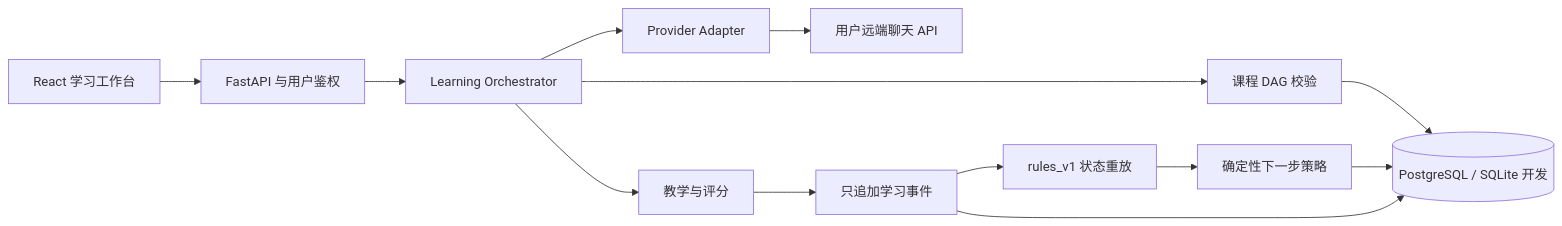
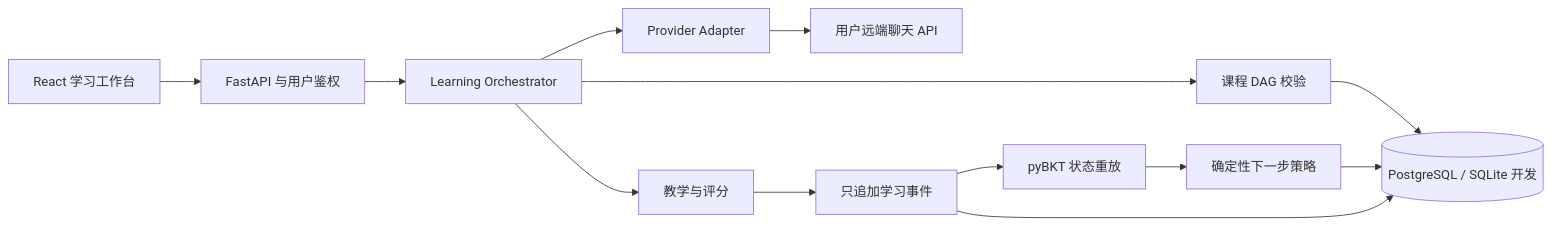
Before and after one commit to wwwuxy/Study-Agent-Framework: the diagram in docs/architecture.md, drawn with Mermaid. The commit also changed other lines of this file and 231 other files, not shown here.

````diff
--- a/docs/architecture.md
+++ b/docs/architecture.md
@@ -5,15 +5,15 @@
 ```mermaid
 flowchart LR
   UI[React 学习工作台] --> API[FastAPI 与用户鉴权]
   API --> O[Learning Orchestrator]
   O --> G[Provider Adapter]
   G --> L[用户远端聊天 API]
   O --> K[课程 DAG 校验]
   O --> E[教学与评分]
   E --> EV[只追加学习事件]
-  EV --> S[rules_v1 状态重放]
+  EV --> S[pyBKT 状态重放]
   S --> P[确定性下一步策略]
   K --> DB[(PostgreSQL / SQLite 开发)]
   P --> DB
   EV --> DB
 ```
````
